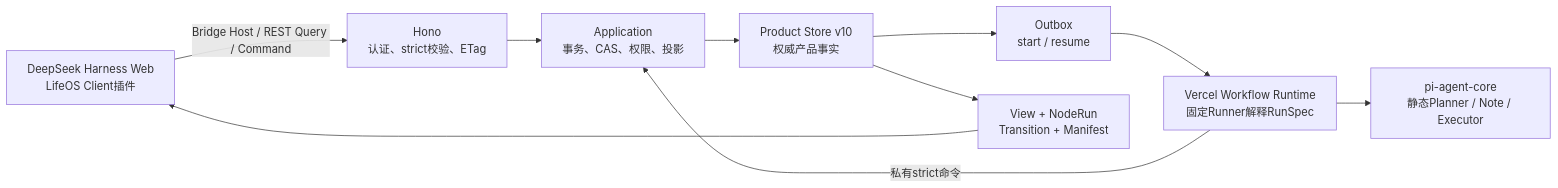
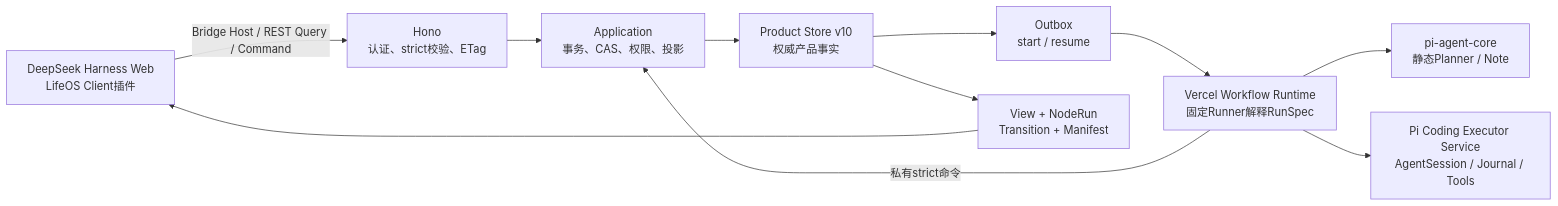
One commit to later-3/Chat changed the diagram in docs/architecture/configurable-workflow-as-built.md. Above: the diagram before and after it, drawn with Mermaid. The commit also changed other lines of this file and 52 other files, not shown here.

Commit message:
feat: integrate full Pi coding executor service

````diff
--- a/docs/architecture/configurable-workflow-as-built.md
+++ b/docs/architecture/configurable-workflow-as-built.md
@@ -29,12 +29,13 @@
 ```mermaid
 flowchart LR
   UI["DeepSeek Harness Web\nLifeOS Client插件"] -->|"Bridge Host / REST Query / Command"| API["Hono\n认证、strict校验、ETag"]
   API --> APP["Application\n事务、CAS、权限、投影"]
   APP --> STORE["Product Store v10\n权威产品事实"]
   STORE --> OUTBOX["Outbox\nstart / resume"]
   OUTBOX --> RUNTIME["Vercel Workflow Runtime\n固定Runner解释RunSpec"]
   RUNTIME -->|"私有strict命令"| APP
-  RUNTIME --> PI["pi-agent-core\n静态Planner / Note / Executor"]
+  RUNTIME --> PI["pi-agent-core\n静态Planner / Note"]
+  RUNTIME --> EXECUTOR["Pi Coding Executor Service\nAgentSession / Journal / Tools"]
   STORE --> VIEW["View + NodeRun\nTransition + Manifest"]
   VIEW --> UI
 ```
````
